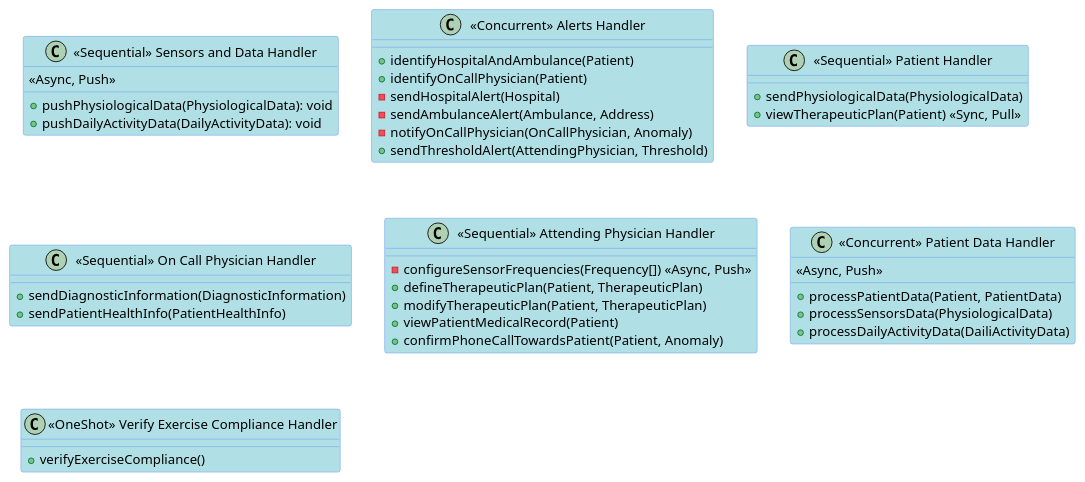
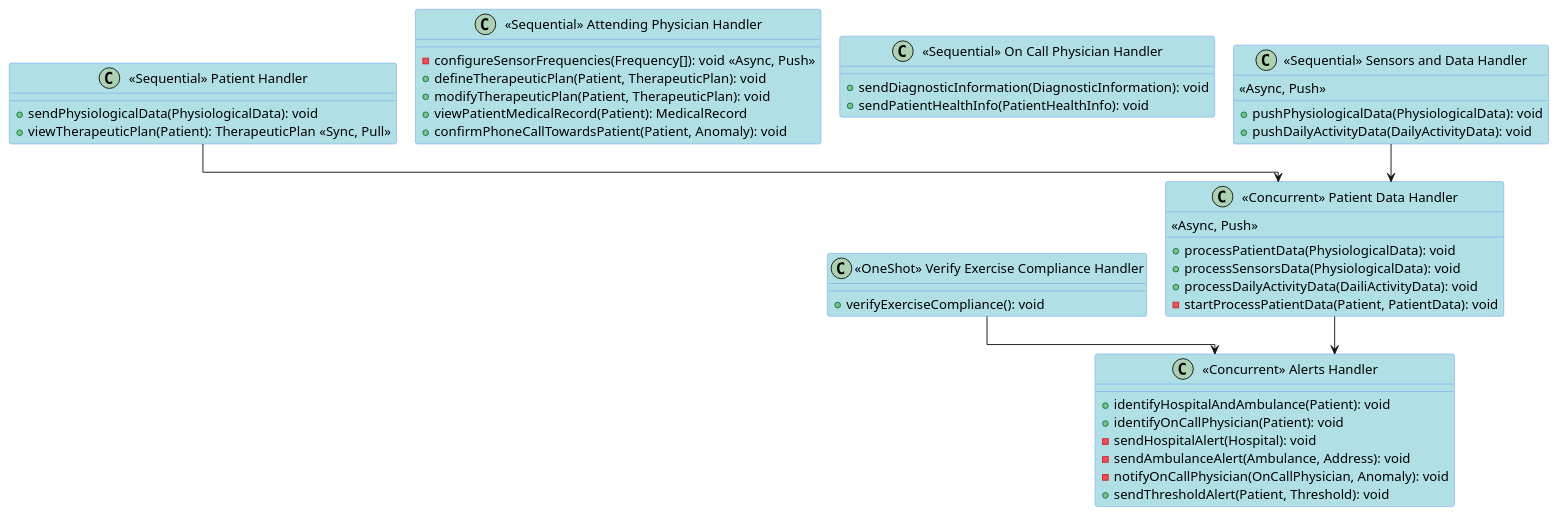
One commit to koalas11/Software-Architecture-Project changed the diagram in diagrams/concrete_diagram.plantuml. Above: the diagram before and after it, drawn with PlantUML. The commit also changed other lines of this file and 8 other files, not shown here.

```diff
--- a/diagrams/concrete_diagram.plantuml
+++ b/diagrams/concrete_diagram.plantuml
@@ -1,50 +1,60 @@
 @startuml concrete_diagram
+
+!pragma layout elk
 
 skinparam ClassBorderColor CornflowerBlue
 skinparam ClassBackgroundColor PowderBlue
 
-class "<<Sequential>> Sensors and Data Handler" as C1 {
-  <<Async, Push>>
-  + pushPhysiologicalData(PhysiologicalData): void
-  + pushDailyActivityData(DailyActivityData): void
-}
+together {
+  class "<<Sequential>> Sensors and Data Handler" as C1 {
+    <<Async, Push>>
+    + pushPhysiologicalData(PhysiologicalData): void
+    + pushDailyActivityData(DailyActivityData): void
+  }
 
-class "<<Concurrent>> Alerts Handler" as C2 {
-  +identifyHospitalAndAmbulance(Patient)
-  +identifyOnCallPhysician(Patient)
-  -sendHospitalAlert(Hospital)
-  -sendAmbulanceAlert(Ambulance, Address)
-  -notifyOnCallPhysician(OnCallPhysician, Anomaly)
-  +sendThresholdAlert(AttendingPhysician, Threshold)
-}
+  class "<<Concurrent>> Alerts Handler" as C2 {
+    +identifyHospitalAndAmbulance(Patient): void
+    +identifyOnCallPhysician(Patient): void
+    -sendHospitalAlert(Hospital): void
+    -sendAmbulanceAlert(Ambulance, Address): void
+    -notifyOnCallPhysician(OnCallPhysician, Anomaly): void
+    +sendThresholdAlert(Patient, Threshold): void
+  }
 
-class "<<Sequential>> Patient Handler" as C3 {
-  +sendPhysiologicalData(PhysiologicalData)
-  +viewTherapeuticPlan(Patient) <<Sync, Pull>>
+  class "<<Sequential>> Patient Handler" as C3 {
+    +sendPhysiologicalData(PhysiologicalData): void
+    +viewTherapeuticPlan(Patient): TherapeuticPlan <<Sync, Pull>>
+  }
+
+  class "<<Concurrent>> Patient Data Handler" as C6 {
+    <<Async, Push>>
+    +processPatientData(PhysiologicalData): void
+    +processSensorsData(PhysiologicalData): void
+    +processDailyActivityData(DailiActivityData): void
+    -startProcessPatientData(Patient, PatientData): void
+  }
+
+  class "<<OneShot>> Verify Exercise Compliance Handler" as C7 {
+    +verifyExerciseCompliance(): void
+  }
 }
 
 class "<<Sequential>> On Call Physician Handler" as C4 {
-  +sendDiagnosticInformation(DiagnosticInformation)
-  +sendPatientHealthInfo(PatientHealthInfo)
+  +sendDiagnosticInformation(DiagnosticInformation): void
+  +sendPatientHealthInfo(PatientHealthInfo): void
 }
 
 class "<<Sequential>> Attending Physician Handler" as C5 {
-  -configureSensorFrequencies(Frequency[]) <<Async, Push>>
-  +defineTherapeuticPlan(Patient, TherapeuticPlan)
-  +modifyTherapeuticPlan(Patient, TherapeuticPlan)
-  +viewPatientMedicalRecord(Patient)
-  +confirmPhoneCallTowardsPatient(Patient, Anomaly)
+  -configureSensorFrequencies(Frequency[]): void <<Async, Push>>
+  +defineTherapeuticPlan(Patient, TherapeuticPlan): void
+  +modifyTherapeuticPlan(Patient, TherapeuticPlan): void
+  +viewPatientMedicalRecord(Patient): MedicalRecord
+  +confirmPhoneCallTowardsPatient(Patient, Anomaly): void
 }
 
-class "<<Concurrent>> Patient Data Handler" as C6 {
-  <<Async, Push>>
-  +processPatientData(Patient, PatientData)
-  +processSensorsData(PhysiologicalData)
-  +processDailyActivityData(DailiActivityData)
-}
-
-class "<<OneShot>> Verify Exercise Compliance Handler" as C7 {
-  +verifyExerciseCompliance()
-}
+C1 -> C6
+C6 -> C2
+C3 -> C6
+C7 -> C2
 
 @enduml
```
